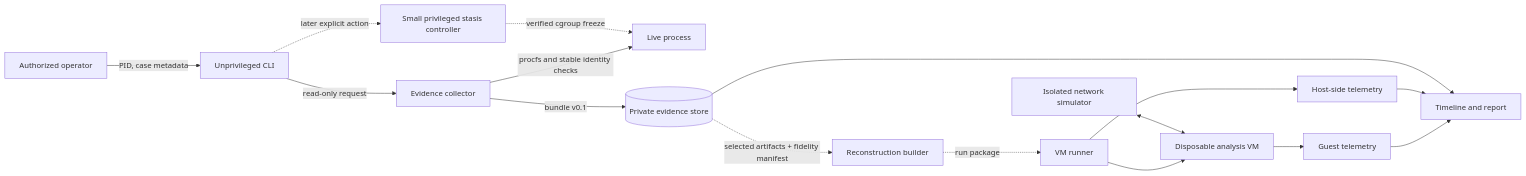
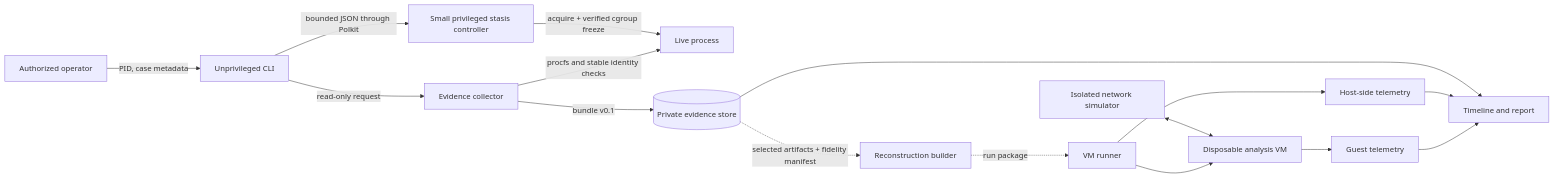
One commit to Z-e-r-0-n/process-stasis changed the first of 5 diagrams in docs/ARCHITECTURE.md. Above: the diagram before and after it, drawn with Mermaid. The commit also changed other lines of this file and 25 other files, not shown here.

````diff
--- a/docs/ARCHITECTURE.md
+++ b/docs/ARCHITECTURE.md
@@ -21,20 +21,20 @@
 ```mermaid
 flowchart LR
     O[Authorized operator] -->|PID, case metadata| CLI[Unprivileged CLI]
     CLI -->|read-only request| C[Evidence collector]
     C -->|procfs and stable identity checks| P[Live process]
     C -->|bundle v0.1| E[(Private evidence store)]
 
-    CLI -. later explicit action .-> S[Small privileged stasis controller]
-    S -. verified cgroup freeze .-> P
+    CLI -->|bounded JSON through Polkit| S[Small privileged stasis controller]
+    S -->|acquire + verified cgroup freeze| P
 
     E -. selected artifacts + fidelity manifest .-> B[Reconstruction builder]
     B -. run package .-> R[VM runner]
     R --> V[Disposable analysis VM]
     N[Isolated network simulator] <--> V
     V --> T[Guest telemetry]
     R --> H[Host-side telemetry]
     T --> A[Timeline and report]
     H --> A
     E --> A
 ```
````
